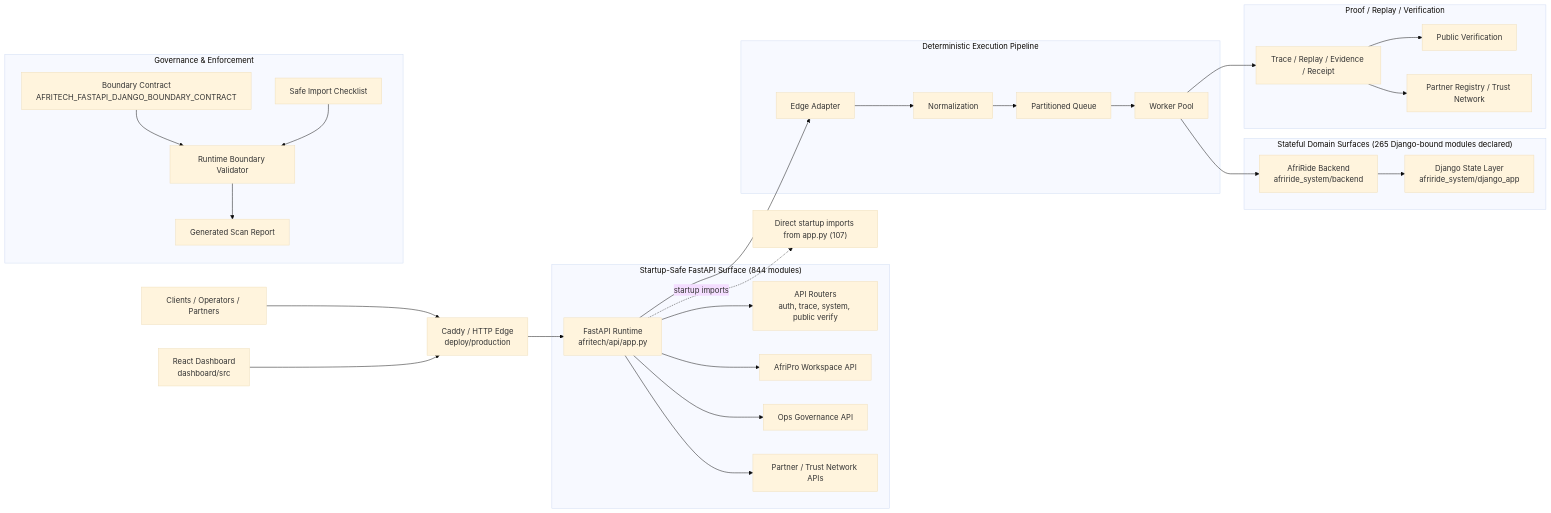
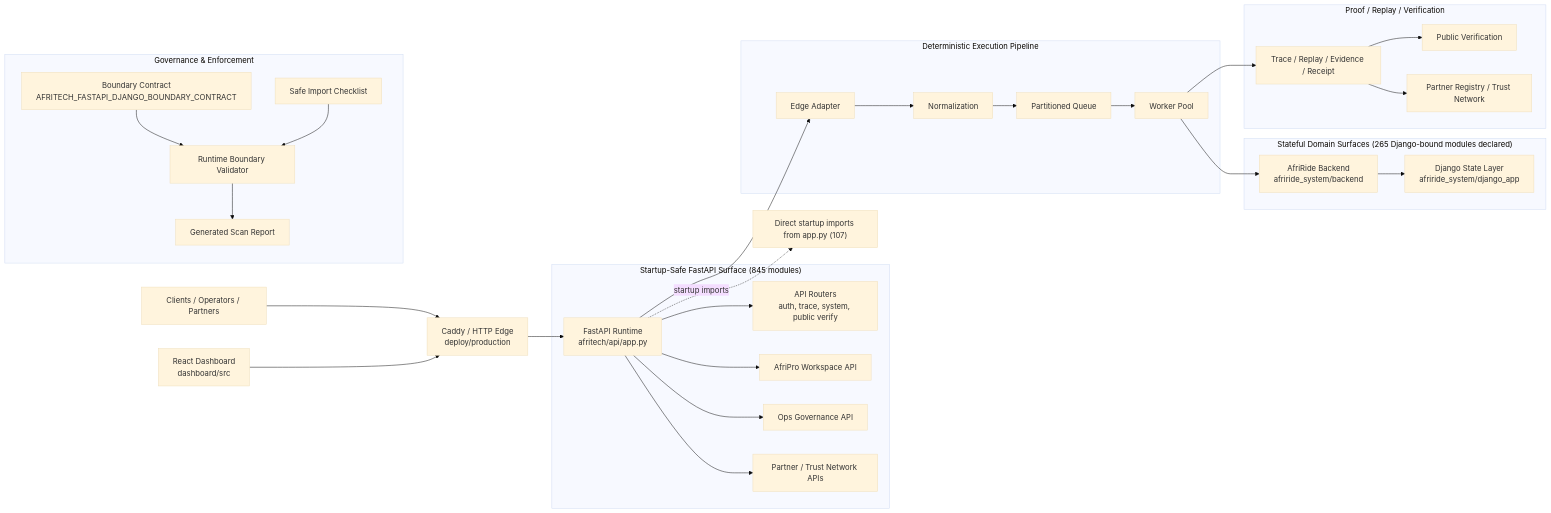
The first of 2 diagrams in docs/architecture/AFRITECH_FULL_ARCHITECTURE_GRAPH.md (Strelly2023/afritelematics), drawn with Mermaid (base theme) before and after one commit. The commit also changed other lines of this file and 9 other files, not shown here.

````diff
--- a/docs/architecture/AFRITECH_FULL_ARCHITECTURE_GRAPH.md
+++ b/docs/architecture/AFRITECH_FULL_ARCHITECTURE_GRAPH.md
@@ -22,39 +22,39 @@
 ```mermaid
 flowchart LR
     Client["Clients / Operators / Partners"] --> Edge["Caddy / HTTP Edge\ndeploy/production"]
     Dashboard["React Dashboard\ndashboard/src"] --> Edge
     Edge --> App["FastAPI Runtime\nafritech/api/app.py"]
 
-    subgraph FastAPI["Startup-Safe FastAPI Surface (844 modules)"]
+    subgraph FastAPI["Startup-Safe FastAPI Surface (845 modules)"]
         App --> Api["API Routers\nauth, trace, system, public verify"]
         App --> Workspace["AfriPro Workspace API"]
         App --> Governance["Ops Governance API"]
         App --> Trust["Partner / Trust Network APIs"]
     end
 
     subgraph Pipeline["Deterministic Execution Pipeline"]
         App --> Adapt["Edge Adapter"]
         Adapt --> Normalize["Normalization"]
         Normalize --> Queue["Partitioned Queue"]
         Queue --> Worker["Worker Pool"]
     end
 
     subgraph State["Stateful Domain Surfaces (265 Django-bound modules declared)"]
         Worker --> Domain["AfriRide Backend\nafriride_system/backend"]
         Domain --> Django["Django State Layer\nafriride_system/django_app"]
     end
 
     subgraph Proof["Proof / Replay / Verification"]
         Worker --> Trace["Trace / Replay / Evidence / Receipt"]
         Trace --> Public["Public Verification"]
         Trace --> Registry["Partner Registry / Trust Network"]
     end
 
     subgraph GovernancePlane["Governance & Enforcement"]
         Contract["Boundary Contract\nAFRITECH_FASTAPI_DJANGO_BOUNDARY_CONTRACT"] --> Validator["Runtime Boundary Validator"]
         Checklist["Safe Import Checklist"] --> Validator
         Validator --> Review["Generated Scan Report"]
     end
 
     App -. startup imports .-> Imports["Direct startup imports from app.py (107)"]
 ```
````
